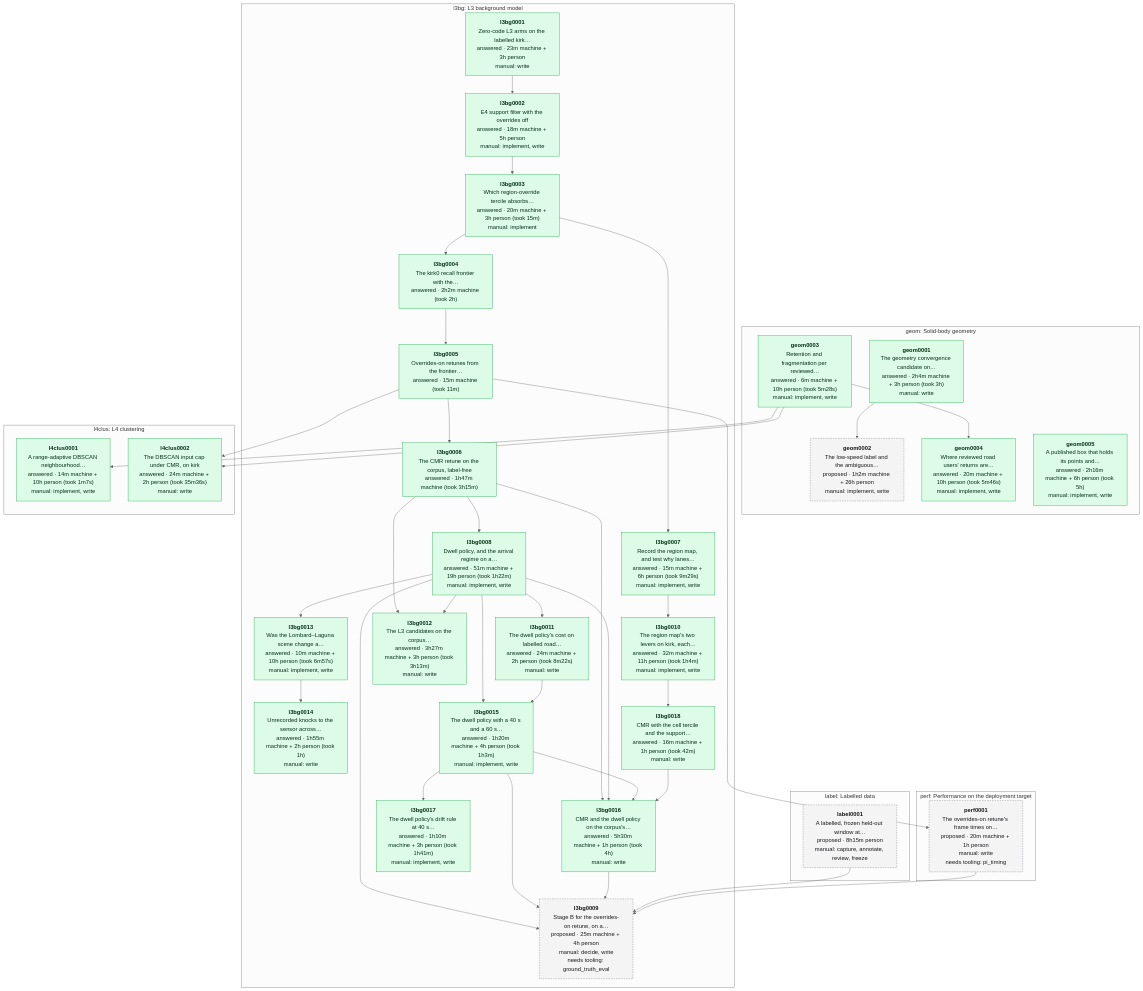
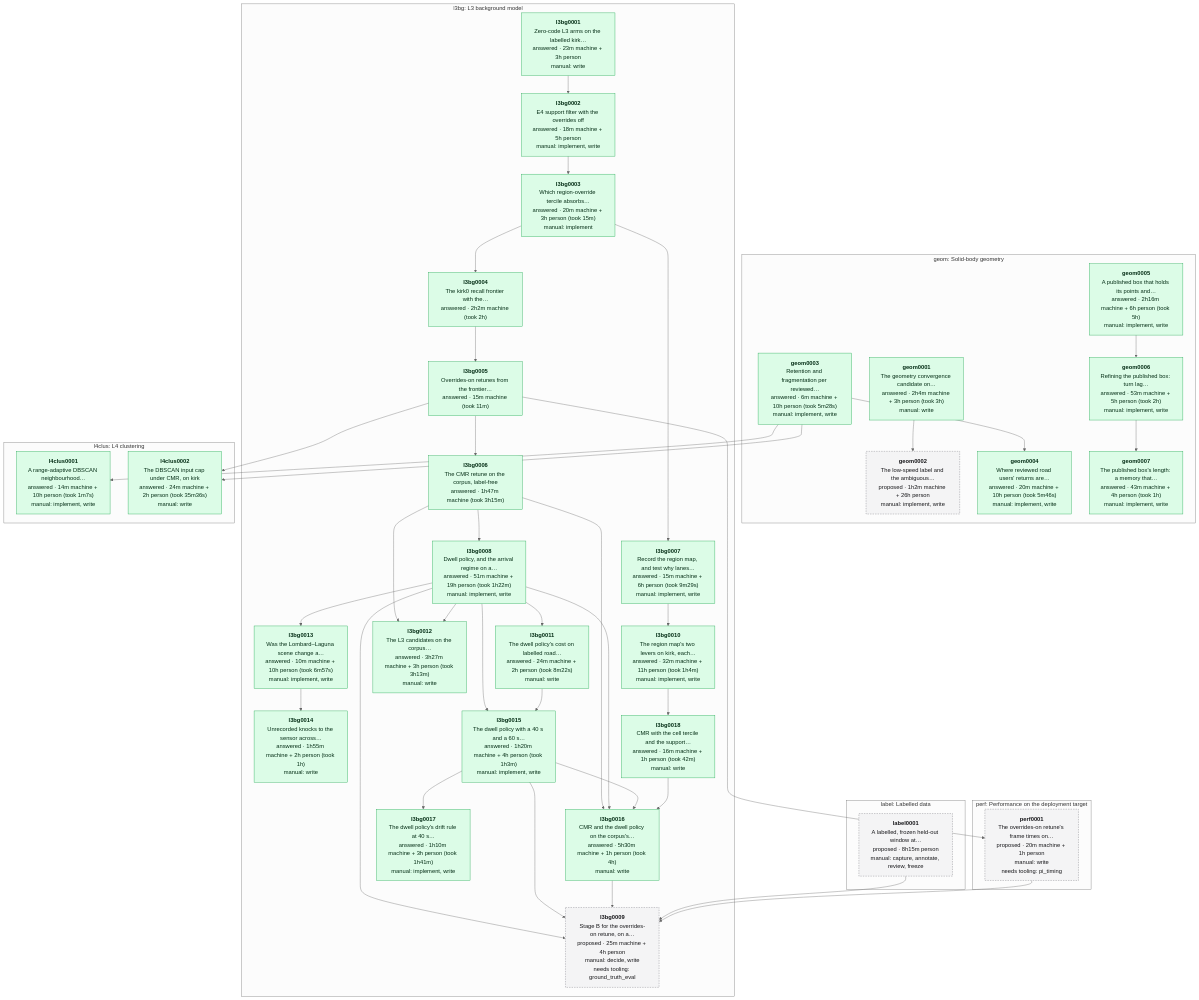
One commit to banshee-data/velocity.report changed the diagram in data/experiments/DEPENDENCIES.md. Above: the diagram before and after it, drawn with Mermaid (neutral theme). The commit also changed other lines of this file and 42 other files, not shown here.

First line of the commit message:
[ai][go][cfg] Published box model on by default; geom0006 and geom0007 refinements answered (#765)

````diff
--- a/data/experiments/DEPENDENCIES.md
+++ b/data/experiments/DEPENDENCIES.md
@@ -7,76 +7,80 @@
 ```mermaid
 flowchart TB
   classDef proposed fill:#f4f4f5,stroke:#71717a,stroke-dasharray:4 3,color:#18181b
   classDef approved fill:#dbeafe,stroke:#2563eb,color:#172554
   classDef answered fill:#dcfce7,stroke:#16a34a,color:#052e16
   classDef retired fill:#fafafa,stroke:#d4d4d8,color:#71717a
   subgraph area_geom ["geom: Solid-body geometry"]
     geom0001["<b>geom0001</b><br/>The geometry convergence candidate on…<br/>answered · 2h4m machine + 3h person (took 3h)<br/>manual: write"]:::answered
     geom0002["<b>geom0002</b><br/>The low-speed label and the ambiguous…<br/>proposed · 1h2m machine + 26h person<br/>manual: implement, write"]:::proposed
     geom0003["<b>geom0003</b><br/>Retention and fragmentation per reviewed…<br/>answered · 6m machine + 10h person (took 5m28s)<br/>manual: implement, write"]:::answered
     geom0004["<b>geom0004</b><br/>Where reviewed road users' returns are…<br/>answered · 20m machine + 10h person (took 5m46s)<br/>manual: implement, write"]:::answered
     geom0005["<b>geom0005</b><br/>A published box that holds its points and…<br/>answered · 2h16m machine + 6h person (took 5h)<br/>manual: implement, write"]:::answered
+    geom0006["<b>geom0006</b><br/>Refining the published box: turn lag…<br/>answered · 53m machine + 5h person (took 2h)<br/>manual: implement, write"]:::answered
+    geom0007["<b>geom0007</b><br/>The published box's length: a memory that…<br/>answered · 43m machine + 4h person (took 1h)<br/>manual: implement, write"]:::answered
   end
   subgraph area_l3bg ["l3bg: L3 background model"]
     l3bg0001["<b>l3bg0001</b><br/>Zero-code L3 arms on the labelled kirk…<br/>answered · 23m machine + 3h person<br/>manual: write"]:::answered
     l3bg0002["<b>l3bg0002</b><br/>E4 support filter with the overrides off<br/>answered · 18m machine + 5h person<br/>manual: implement, write"]:::answered
     l3bg0003["<b>l3bg0003</b><br/>Which region-override tercile absorbs…<br/>answered · 20m machine + 3h person (took 15m)<br/>manual: implement"]:::answered
     l3bg0004["<b>l3bg0004</b><br/>The kirk0 recall frontier with the…<br/>answered · 2h2m machine (took 2h)"]:::answered
     l3bg0005["<b>l3bg0005</b><br/>Overrides-on retunes from the frontier…<br/>answered · 15m machine (took 11m)"]:::answered
     l3bg0006["<b>l3bg0006</b><br/>The CMR retune on the corpus, label-free<br/>answered · 1h47m machine (took 3h15m)"]:::answered
     l3bg0007["<b>l3bg0007</b><br/>Record the region map, and test why lanes…<br/>answered · 15m machine + 6h person (took 9m29s)<br/>manual: implement, write"]:::answered
     l3bg0008["<b>l3bg0008</b><br/>Dwell policy, and the arrival regime on a…<br/>answered · 51m machine + 19h person (took 1h22m)<br/>manual: implement, write"]:::answered
     l3bg0009["<b>l3bg0009</b><br/>Stage B for the overrides-on retune, on a…<br/>proposed · 25m machine + 4h person<br/>manual: decide, write<br/>needs tooling: ground_truth_eval"]:::proposed
     l3bg0010["<b>l3bg0010</b><br/>The region map's two levers on kirk, each…<br/>answered · 32m machine + 11h person (took 1h4m)<br/>manual: implement, write"]:::answered
     l3bg0011["<b>l3bg0011</b><br/>The dwell policy's cost on labelled road…<br/>answered · 24m machine + 2h person (took 8m22s)<br/>manual: write"]:::answered
     l3bg0012["<b>l3bg0012</b><br/>The L3 candidates on the corpus…<br/>answered · 3h27m machine + 3h person (took 3h13m)<br/>manual: write"]:::answered
     l3bg0013["<b>l3bg0013</b><br/>Was the Lombard–Laguna scene change a…<br/>answered · 10m machine + 10h person (took 6m57s)<br/>manual: implement, write"]:::answered
     l3bg0014["<b>l3bg0014</b><br/>Unrecorded knocks to the sensor across…<br/>answered · 1h55m machine + 2h person (took 1h)<br/>manual: write"]:::answered
     l3bg0015["<b>l3bg0015</b><br/>The dwell policy with a 40 s and a 60 s…<br/>answered · 1h20m machine + 4h person (took 1h3m)<br/>manual: implement, write"]:::answered
     l3bg0016["<b>l3bg0016</b><br/>CMR and the dwell policy on the corpus's…<br/>answered · 5h30m machine + 1h person (took 4h)<br/>manual: write"]:::answered
     l3bg0017["<b>l3bg0017</b><br/>The dwell policy's drift rule at 40 s…<br/>answered · 1h10m machine + 3h person (took 1h41m)<br/>manual: implement, write"]:::answered
     l3bg0018["<b>l3bg0018</b><br/>CMR with the cell tercile and the support…<br/>answered · 16m machine + 1h person (took 42m)<br/>manual: write"]:::answered
   end
   subgraph area_l4clus ["l4clus: L4 clustering"]
     l4clus0001["<b>l4clus0001</b><br/>A range-adaptive DBSCAN neighbourhood…<br/>answered · 14m machine + 10h person (took 1m7s)<br/>manual: implement, write"]:::answered
     l4clus0002["<b>l4clus0002</b><br/>The DBSCAN input cap under CMR, on kirk<br/>answered · 24m machine + 2h person (took 35m36s)<br/>manual: write"]:::answered
   end
   subgraph area_label ["label: Labelled data"]
     label0001["<b>label0001</b><br/>A labelled, frozen held-out window at…<br/>proposed · 8h15m person<br/>manual: capture, annotate, review, freeze"]:::proposed
   end
   subgraph area_perf ["perf: Performance on the deployment target"]
     perf0001["<b>perf0001</b><br/>The overrides-on retune's frame times on…<br/>proposed · 20m machine + 1h person<br/>manual: write<br/>needs tooling: pi_timing"]:::proposed
   end
   geom0001 --> geom0002
   geom0003 --> geom0004
+  geom0005 --> geom0006
+  geom0006 --> geom0007
   l3bg0001 --> l3bg0002
   l3bg0002 --> l3bg0003
   l3bg0003 --> l3bg0004
   l3bg0004 --> l3bg0005
   l3bg0005 --> l3bg0006
   l3bg0003 --> l3bg0007
   l3bg0006 --> l3bg0008
   l3bg0008 --> l3bg0009
   l3bg0015 --> l3bg0009
   l3bg0016 --> l3bg0009
   label0001 --> l3bg0009
   perf0001 --> l3bg0009
   l3bg0007 --> l3bg0010
   l3bg0008 --> l3bg0011
   l3bg0006 --> l3bg0012
   l3bg0008 --> l3bg0012
   l3bg0008 --> l3bg0013
   l3bg0013 --> l3bg0014
   l3bg0008 --> l3bg0015
   l3bg0011 --> l3bg0015
   l3bg0006 --> l3bg0016
   l3bg0008 --> l3bg0016
   l3bg0015 --> l3bg0016
   l3bg0018 --> l3bg0016
   l3bg0015 --> l3bg0017
   l3bg0010 --> l3bg0018
   geom0003 --> l4clus0001
   geom0003 --> l4clus0002
   l3bg0005 --> l4clus0002
   l3bg0005 --> perf0001
 ```
````
